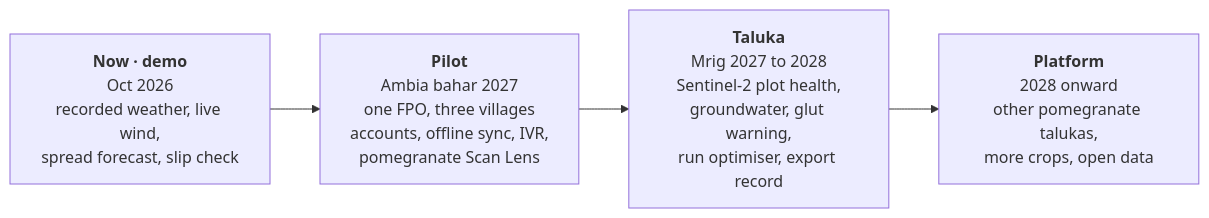
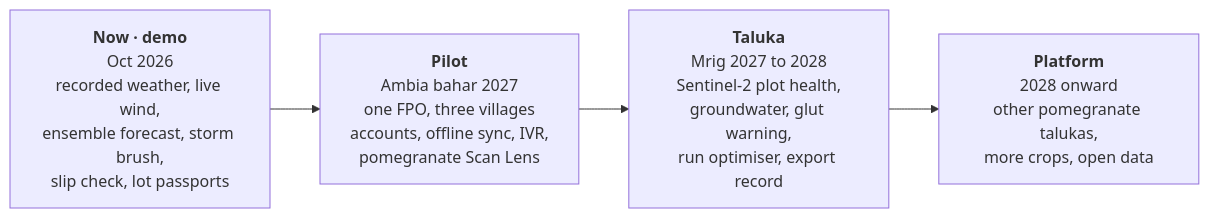
Before and after one commit to vizsh/KhetKundli: the third of 3 diagrams in README.md, drawn with Mermaid. The commit also changed other lines of this file and 42 other files, not shown here.

````diff
--- a/README.md
+++ b/README.md
@@ -124,8 +135,8 @@
 ```mermaid
 flowchart LR
-  H0["<b>Now · demo</b><br/>Oct 2026<br/>recorded weather, live wind,<br/>spread forecast, slip check"]
+  H0["<b>Now · demo</b><br/>Oct 2026<br/>recorded weather, live wind,<br/>ensemble forecast, storm brush,<br/>slip check, lot passports"]
   H1["<b>Pilot</b><br/>Ambia bahar 2027<br/>one FPO, three villages<br/>accounts, offline sync, IVR,<br/>pomegranate Scan Lens"]
   H2["<b>Taluka</b><br/>Mrig 2027 to 2028<br/>Sentinel-2 plot health,<br/>groundwater, glut warning,<br/>run optimiser, export record"]
   H3["<b>Platform</b><br/>2028 onward<br/>other pomegranate talukas,<br/>more crops, open data"]
   H0 --> H1 --> H2 --> H3
 ```
````
